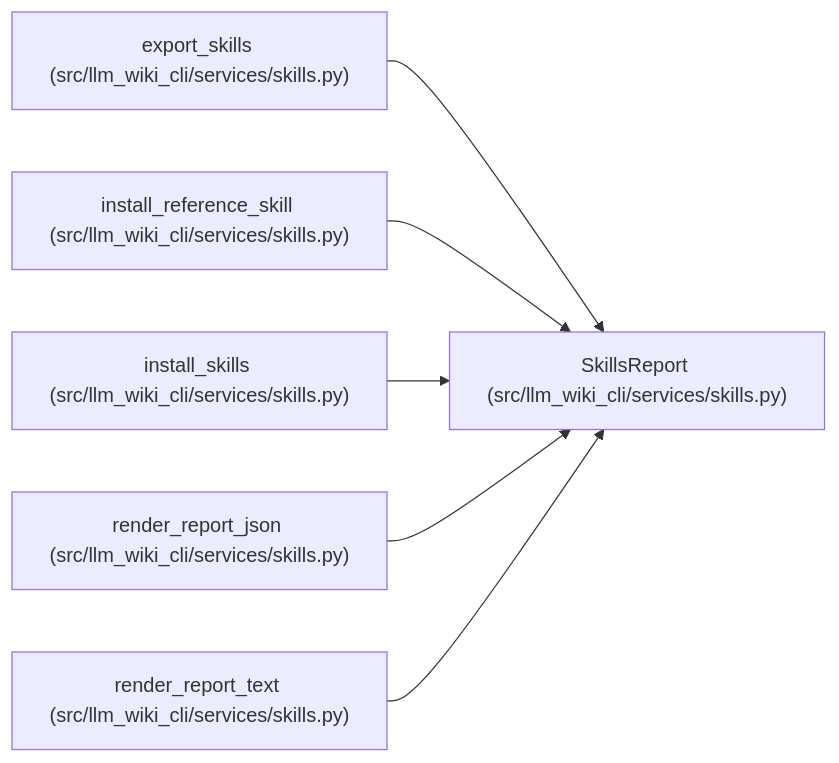
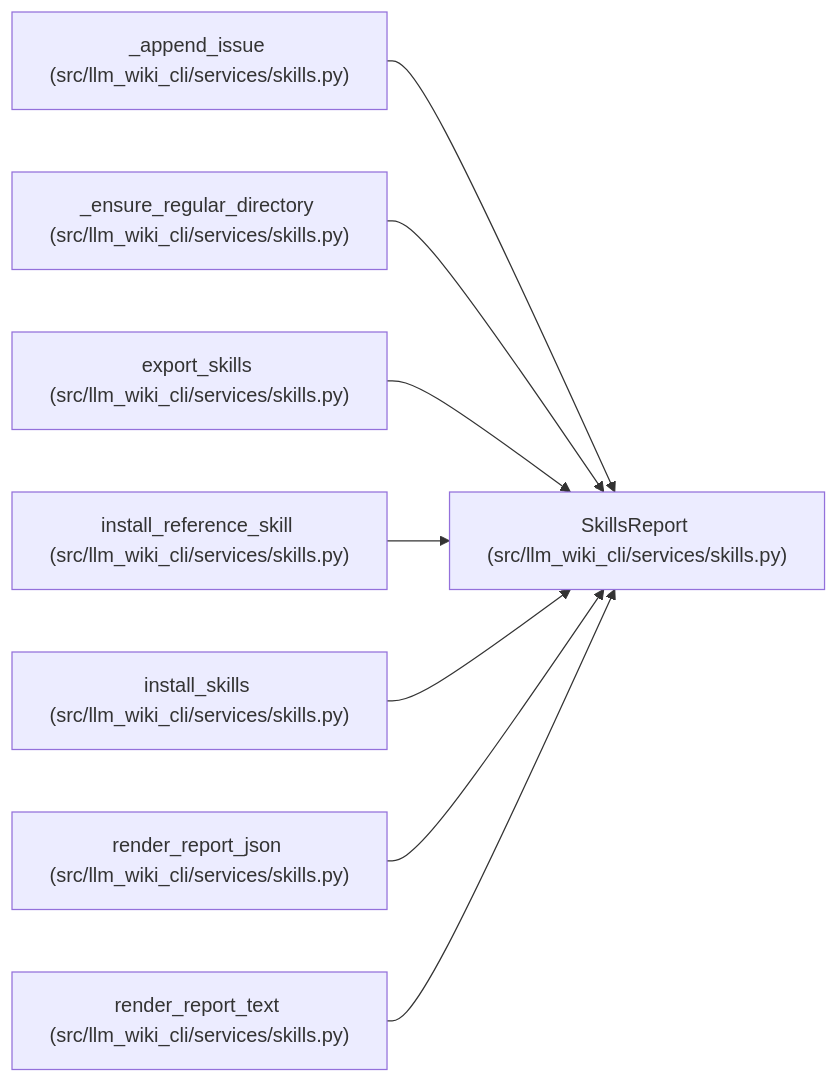
The diagram in docs/llm_wiki/entities/SkillsReport.md (Denissvgn/python-wiki-llm), drawn with Mermaid before and after one commit. The commit also changed other lines of this file and 364 other files, not shown here.

````diff
--- a/docs/llm_wiki/entities/SkillsReport.md
+++ b/docs/llm_wiki/entities/SkillsReport.md
@@ -33,20 +33,26 @@
 ```mermaid
 flowchart LR
     n0["SkillsReport (src/llm_wiki_cli/services/skills.py)"]
-    n1["export_skills (src/llm_wiki_cli/services/skills.py)"]
-    n2["install_reference_skill (src/llm_wiki_cli/services/skills.py)"]
-    n3["install_skills (src/llm_wiki_cli/services/skills.py)"]
-    n4["render_report_json (src/llm_wiki_cli/services/skills.py)"]
-    n5["render_report_text (src/llm_wiki_cli/services/skills.py)"]
+    n1["_append_issue (src/llm_wiki_cli/services/skills.py)"]
+    n2["_ensure_regular_directory (src/llm_wiki_cli/services/skills.py)"]
+    n3["export_skills (src/llm_wiki_cli/services/skills.py)"]
+    n4["install_reference_skill (src/llm_wiki_cli/services/skills.py)"]
+    n5["install_skills (src/llm_wiki_cli/services/skills.py)"]
+    n6["render_report_json (src/llm_wiki_cli/services/skills.py)"]
+    n7["render_report_text (src/llm_wiki_cli/services/skills.py)"]
     n1 --> n0
     n2 --> n0
     n3 --> n0
     n4 --> n0
     n5 --> n0
+    n6 --> n0
+    n7 --> n0
     click n0 "../modules/skills.md"
     click n1 "../modules/skills.md"
     click n2 "../modules/skills.md"
     click n3 "../modules/skills.md"
     click n4 "../modules/skills.md"
     click n5 "../modules/skills.md"
+    click n6 "../modules/skills.md"
+    click n7 "../modules/skills.md"
 ```
````
